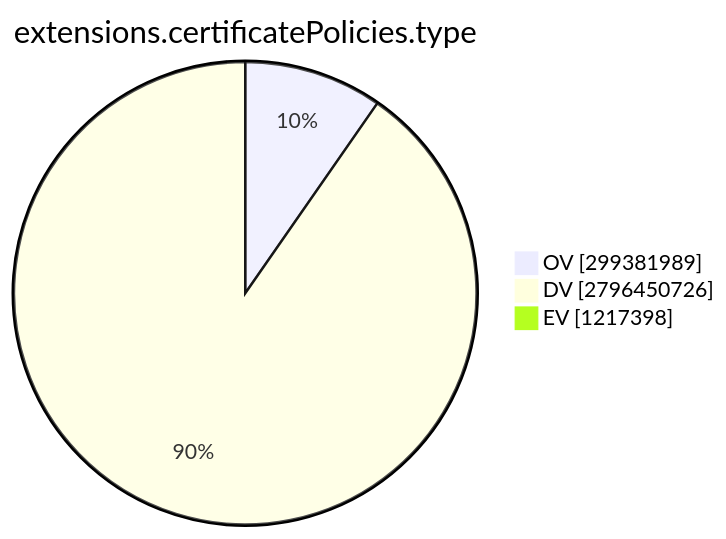
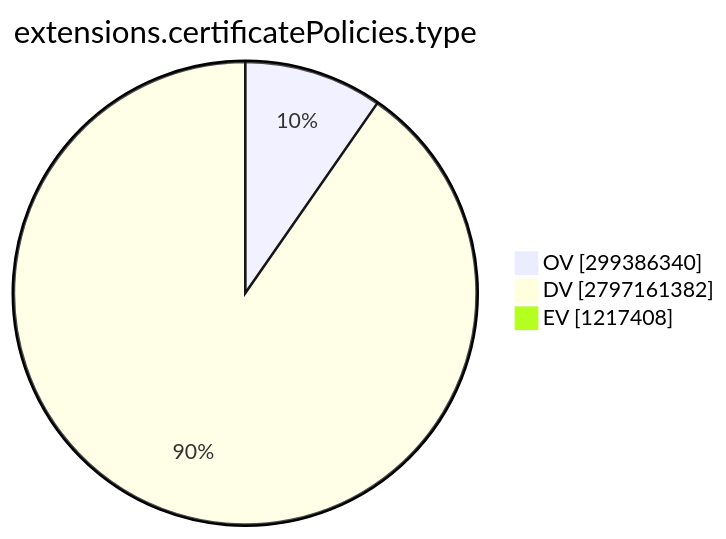
One commit to christiankrug/ctmonitor_visualization changed the ninth of 15 diagrams in TOTAL/README.md. Above: the diagram before and after it, drawn with Mermaid. The commit also changed other lines of this file, not shown here.

````diff
--- a/TOTAL/README.md
+++ b/TOTAL/README.md
@@ -3101,7 +3101,7 @@
 ```mermaid
 pie showData
 title extensions.certificatePolicies.type
-"OV" :299381989
-"DV" :2796450726
-"EV" :1217398
+"OV" :299386340
+"DV" :2797161382
+"EV" :1217408
 ```
````
